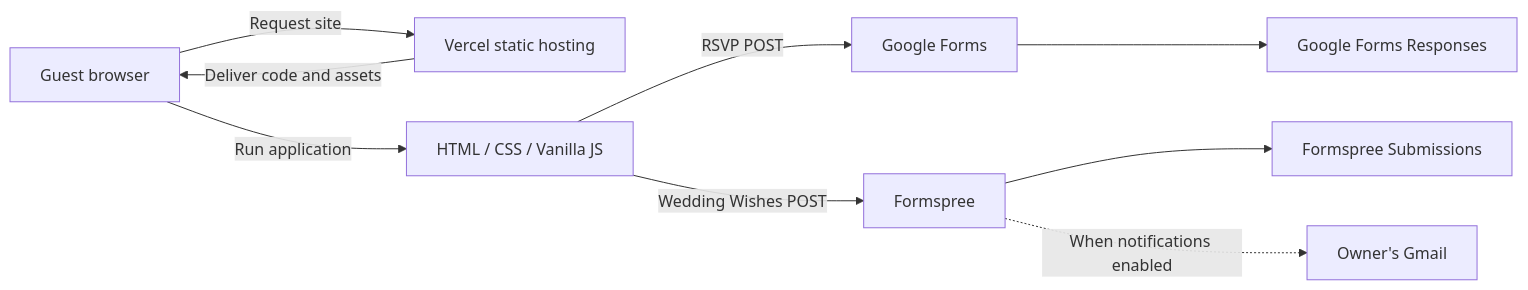
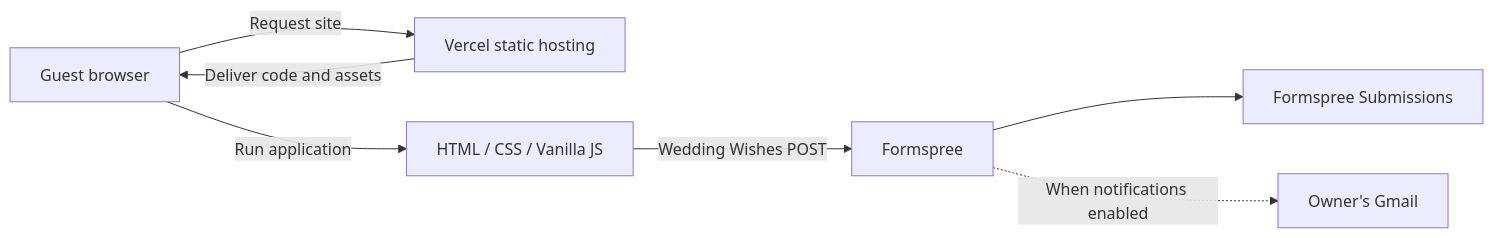
The first of 5 diagrams in README.md (Shamiul-Bashar/araf-azreen-wedding), drawn with Mermaid before and after one commit. The commit also changed other lines of this file and 13 other files, not shown here.

````diff
--- a/README.md
+++ b/README.md
@@ -99,20 +97,16 @@
 ```mermaid
 flowchart LR
     Browser["Guest browser"]
     Host["Vercel static hosting"]
     UI["HTML / CSS / Vanilla JS"]
-    GF["Google Forms"]
     Formspree["Formspree"]
-    Responses["Google Forms Responses"]
     Submissions["Formspree Submissions"]
     Gmail["Owner's Gmail"]
 
     Browser -->|"Request site"| Host
     Host -->|"Deliver code and assets"| Browser
     Browser -->|"Run application"| UI
-    UI -->|"RSVP POST"| GF
-    GF --> Responses
     UI -->|"Wedding Wishes POST"| Formspree
     Formspree --> Submissions
     Formspree -.->|"When notifications enabled"| Gmail
 ```
````
